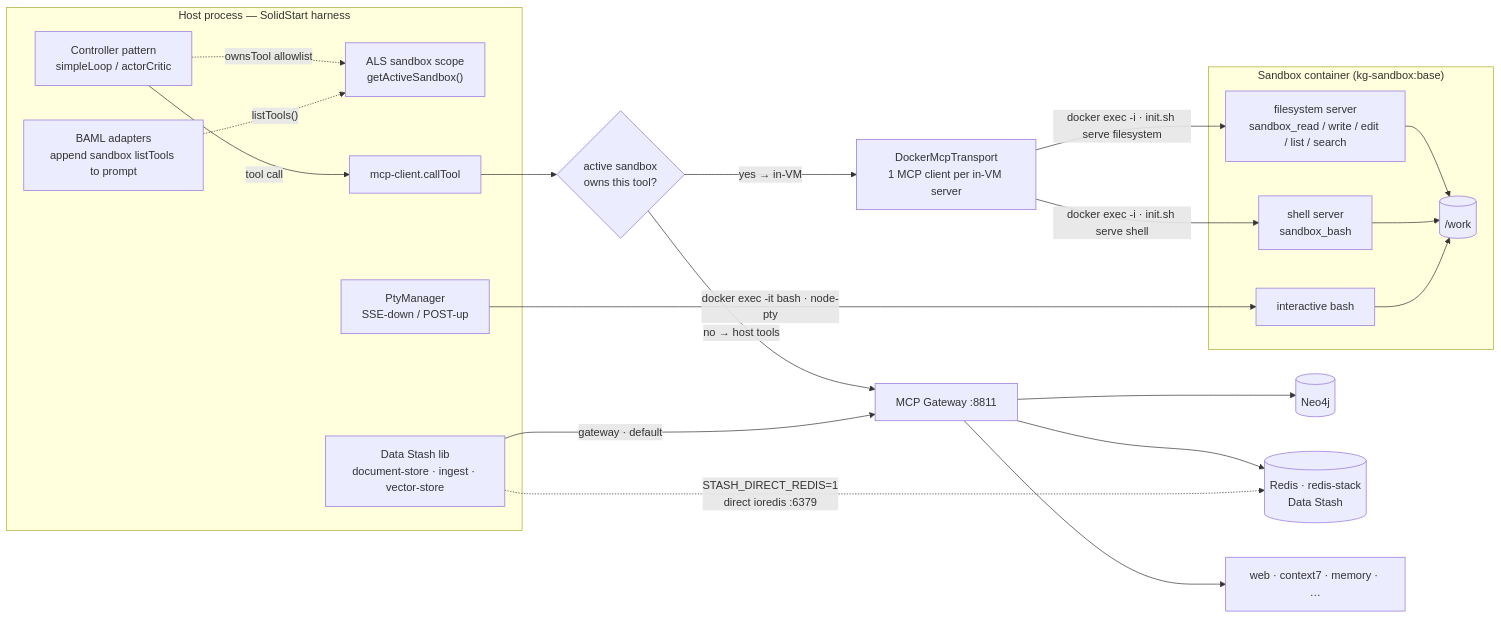
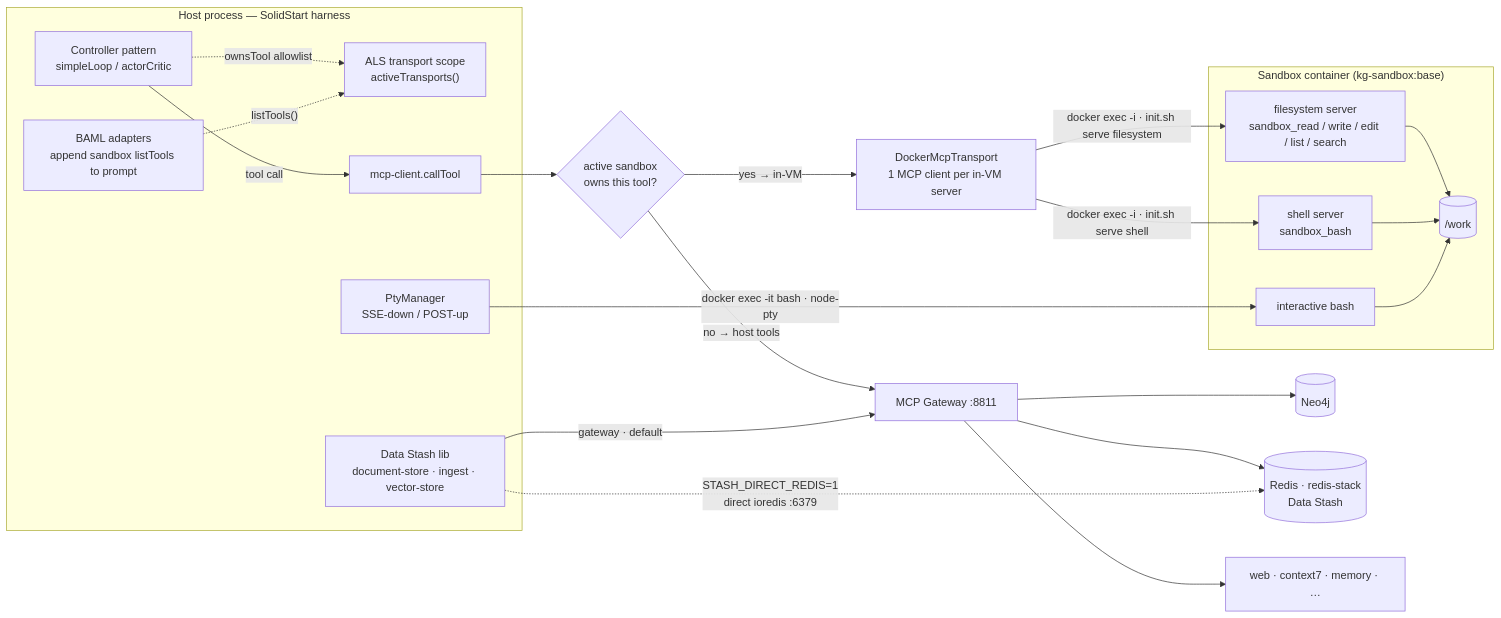
Before and after one commit to mknw/hames-playground: the fourth of 4 diagrams in docs/data-flow.md, drawn with Mermaid. The commit also changed other lines of this file and 25 other files, not shown here.

````diff
--- a/docs/data-flow.md
+++ b/docs/data-flow.md
@@ -257,40 +257,40 @@
 ```mermaid
 flowchart LR
     subgraph hostp["Host process — SolidStart harness"]
         CTRL["Controller pattern<br/>simpleLoop / actorCritic"]
-        ALS["ALS sandbox scope<br/>getActiveSandbox()"]
+        ALS["ALS transport scope<br/>activeTransports()"]
         MCPC["mcp-client.callTool"]
         BAML["BAML adapters<br/>append sandbox listTools to prompt"]
         PTY["PtyManager<br/>SSE-down / POST-up"]
         STASH["Data Stash lib<br/>document-store · ingest · vector-store"]
     end
 
     CTRL -->|"tool call"| MCPC
     CTRL -.->|"ownsTool allowlist"| ALS
     BAML -.->|"listTools()"| ALS
     MCPC --> DECIDE{"active sandbox<br/>owns this tool?"}
 
     DECIDE -->|"no → host tools"| GW["MCP Gateway :8811"]
     GW --> NEO[("Neo4j")]
     GW --> RDS[("Redis · redis-stack<br/>Data Stash")]
     GW --> WEBX["web · context7 · memory · …"]
 
     STASH -->|"gateway · default"| GW
     STASH -.->|"STASH_DIRECT_REDIS=1<br/>direct ioredis :6379"| RDS
 
     DECIDE -->|"yes → in-VM"| TRANS["DockerMcpTransport<br/>1 MCP client per in-VM server"]
 
     subgraph vm["Sandbox container (kg-sandbox:base)"]
         FS["filesystem server<br/>sandbox_read / write / edit / list / search"]
         SH["shell server<br/>sandbox_bash"]
         WORK[("/work")]
         BASH["interactive bash"]
     end
 
     TRANS -->|"docker exec -i · init.sh serve filesystem"| FS
     TRANS -->|"docker exec -i · init.sh serve shell"| SH
     FS --> WORK
     SH --> WORK
     PTY -->|"docker exec -it bash · node-pty"| BASH
     BASH --> WORK
 ```
````
